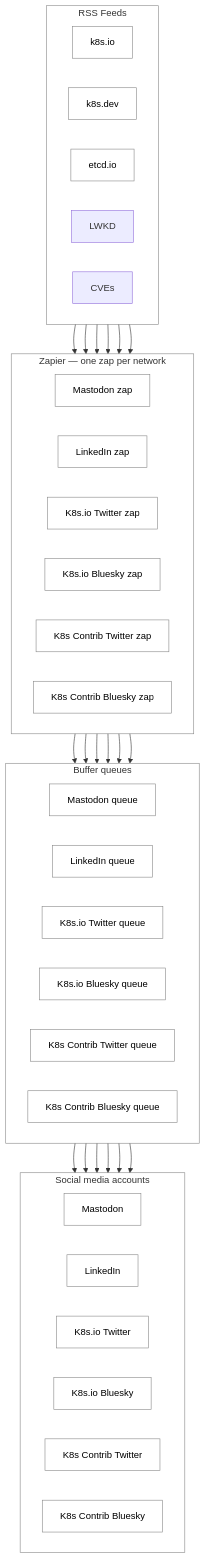
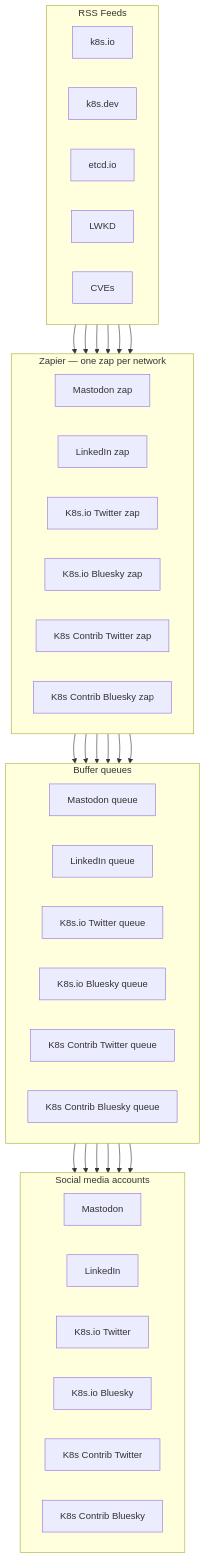
One commit to kubernetes/community changed the diagram in communication/contributor-comms/automation/social-media-automation.md. Above: the diagram before and after it, drawn with Mermaid.

Commit message:
fix: remove styling for light/dark mode compatibility

````diff
--- a/communication/contributor-comms/automation/social-media-automation.md
+++ b/communication/contributor-comms/automation/social-media-automation.md
@@ -16,57 +16,50 @@
 ```mermaid
 flowchart TB
     subgraph feeds["RSS Feeds"]
         direction LR
         f1["k8s.io"]
         f2["k8s.dev"]
         f3["etcd.io"]
         f4["LWKD"]
         f5["CVEs"]
     end
 
     subgraph zaps["Zapier — one zap per network"]
         direction LR
         z1["Mastodon zap"]
         z2["LinkedIn zap"]
         z3["K8s.io Twitter zap"]
         z4["K8s.io Bluesky zap"]
         z5["K8s Contrib Twitter zap"]
         z6["K8s Contrib Bluesky zap"]
     end
 
     subgraph buffer["Buffer queues"]
         direction LR
         b1["Mastodon queue"]
         b2["LinkedIn queue"]
         b3["K8s.io Twitter queue"]
         b4["K8s.io Bluesky queue"]
         b5["K8s Contrib Twitter queue"]
         b6["K8s Contrib Bluesky queue"]
     end
 
     subgraph social["Social media accounts"]
         direction LR
         s1["Mastodon"]
         s2["LinkedIn"]
         s3["K8s.io Twitter"]
         s4["K8s.io Bluesky"]
         s5["K8s Contrib Twitter"]
         s6["K8s Contrib Bluesky"]
     end
 
     feeds --> z1 & z2 & z3 & z4 & z5 & z6
 
     z1 --> b1 --> s1
     z2 --> b2 --> s2
     z3 --> b3 --> s3
     z4 --> b4 --> s4
     z5 --> b5 --> s5
     z6 --> b6 --> s6
-
-    classDef plain fill:transparent,stroke:#888,stroke-width:1px,color:inherit
-    class f1,f2,f3,z1,z2,z3,z4,z5,z6,b1,b2,b3,b4,b5,b6,s1,s2,s3,s4,s5,s6 plain
-    style feeds fill:transparent,stroke:#888
-    style zaps fill:transparent,stroke:#888
-    style buffer fill:transparent,stroke:#888
-    style social fill:transparent,stroke:#888
 ```
````
